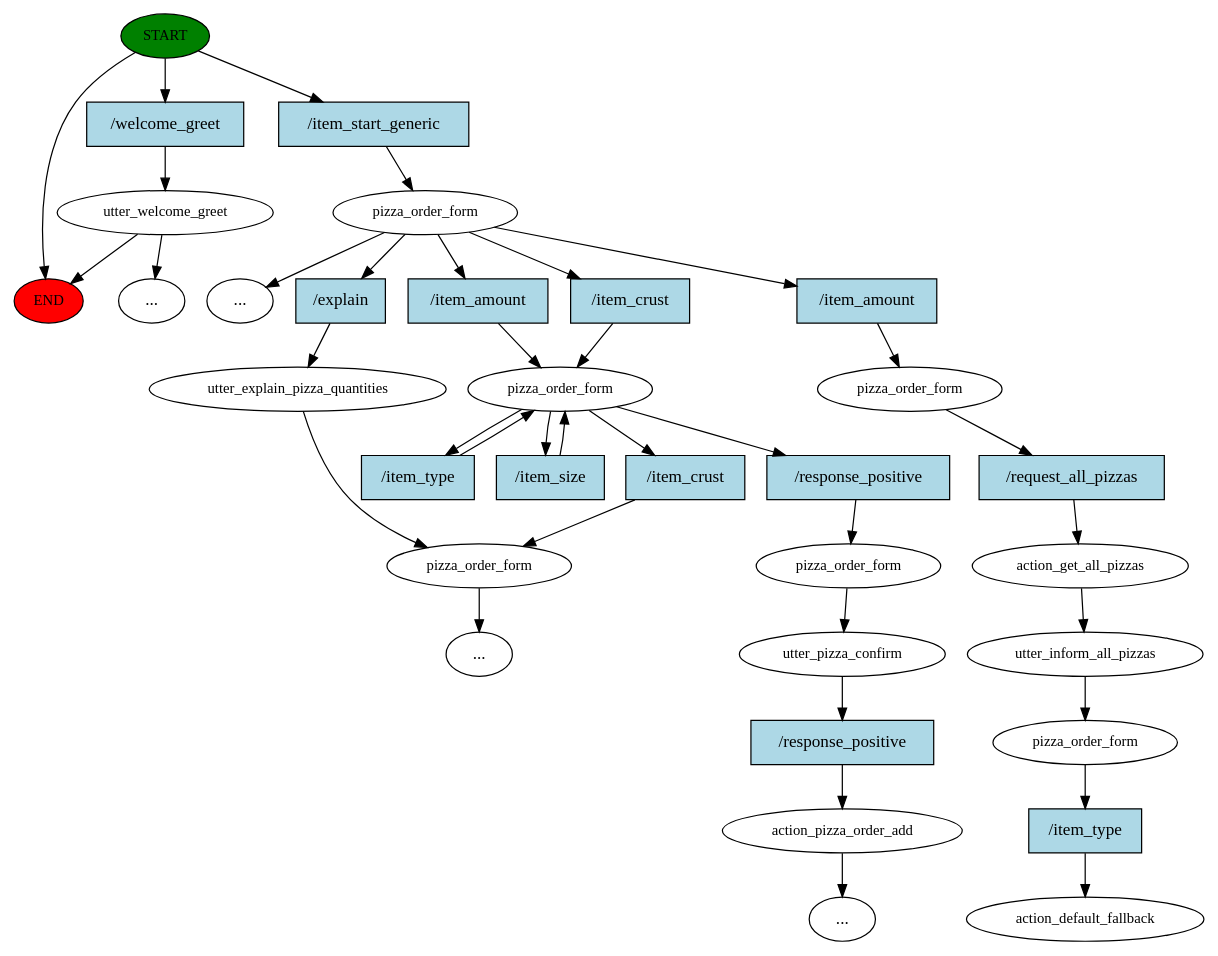
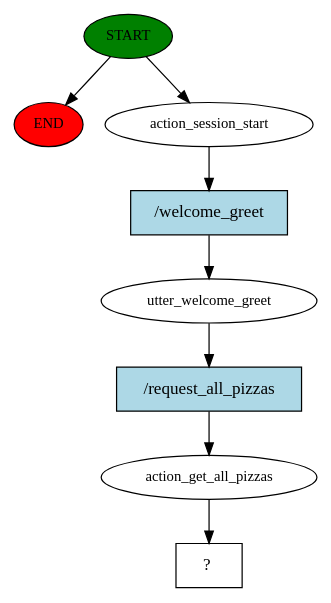
Before and after one commit to pasterzewa/HMD-PizzaBot-project: the diagram in story_graph.dot, drawn with Graphviz. The commit also changed 229 other files, not shown here.

```diff
--- a/story_graph.dot
+++ b/story_graph.dot
@@ -1,70 +1,17 @@
 digraph  {
 0 [class="start active", fillcolor=green, fontsize=12, label=START, style=filled];
 "-1" [class=end, fillcolor=red, fontsize=12, label=END, style=filled];
-1 [class="", fontsize=12, label=utter_welcome_greet];
-2 [class=active, fontsize=12, label=pizza_order_form];
-3 [class="", fontsize=12, label=utter_explain_pizza_quantities];
-4 [class="", fontsize=12, label=pizza_order_form];
-"-5" [class=ellipsis, label="..."];
-"-25" [class=ellipsis, label="..."];
-36 [class="", fontsize=12, label=pizza_order_form];
-42 [class="", fontsize=12, label=pizza_order_form];
-43 [class="", fontsize=12, label=utter_pizza_confirm];
-44 [class="", fontsize=12, label=action_pizza_order_add];
-"-28" [class=ellipsis, label="..."];
-"-30" [class=ellipsis, label="..."];
-57 [class=active, fontsize=12, label=pizza_order_form];
-58 [class=active, fontsize=12, label=action_get_all_pizzas];
-59 [class=active, fontsize=12, label=utter_inform_all_pizzas];
-60 [class=active, fontsize=12, label=pizza_order_form];
-61 [class="dashed active", fontsize=12, label=action_default_fallback];
-62 [class=intent, fillcolor=lightblue, label="/welcome_greet", shape=rect, style=filled];
-63 [class="intent active", fillcolor=lightblue, label="/item_start_generic", shape=rect, style=filled];
-64 [class=intent, fillcolor=lightblue, label="/explain", shape=rect, style=filled];
-65 [class=intent, fillcolor=lightblue, label="/item_amount", shape=rect, style=filled];
-66 [class=intent, fillcolor=lightblue, label="/item_crust", shape=rect, style=filled];
-67 [class="intent active", fillcolor=lightblue, label="/item_amount", shape=rect, style=filled];
-68 [class=intent, fillcolor=lightblue, label="/item_type", shape=rect, style=filled];
-69 [class=intent, fillcolor=lightblue, label="/item_size", shape=rect, style=filled];
-70 [class=intent, fillcolor=lightblue, label="/item_crust", shape=rect, style=filled];
-71 [class=intent, fillcolor=lightblue, label="/response_positive", shape=rect, style=filled];
-72 [class=intent, fillcolor=lightblue, label="/response_positive", shape=rect, style=filled];
-73 [class="intent active", fillcolor=lightblue, label="/request_all_pizzas", shape=rect, style=filled];
-74 [class="intent active", fillcolor=lightblue, label="/item_type", shape=rect, style=filled];
+1 [class=active, fontsize=12, label=action_session_start];
+2 [class=active, fontsize=12, label=utter_welcome_greet];
+3 [class=active, fontsize=12, label=action_get_all_pizzas];
+4 [class="intent dashed active", label="  ?  ", shape=rect];
+5 [class="intent active", fillcolor=lightblue, label="/welcome_greet", shape=rect, style=filled];
+6 [class="intent active", fillcolor=lightblue, label="/request_all_pizzas", shape=rect, style=filled];
 0 -> "-1"  [class="", key=NONE, label=""];
-0 -> 62  [class="", key=0];
-0 -> 63  [class=active, key=0];
-1 -> "-1"  [class="", key=NONE, label=""];
-1 -> "-25"  [class="", key=NONE, label=""];
-2 -> "-5"  [class="", key=NONE, label=""];
-2 -> 64  [class="", key=0];
-2 -> 65  [class="", key=0];
-2 -> 66  [class="", key=0];
-2 -> 67  [class=active, key=0];
-3 -> 4  [class="", key=NONE, label=""];
-4 -> "-30"  [class="", key=NONE, label=""];
-36 -> 68  [class="", key=0];
-36 -> 69  [class="", key=0];
-36 -> 70  [class="", key=0];
-36 -> 71  [class="", key=0];
-42 -> 43  [class="", key=NONE, label=""];
-43 -> 72  [class="", key=0];
-44 -> "-28"  [class="", key=NONE, label=""];
-57 -> 73  [class=active, key=0];
-58 -> 59  [class=active, key=NONE, label=""];
-59 -> 60  [class=active, key=NONE, label=""];
-60 -> 74  [class=active, key=0];
-62 -> 1  [class="", key=0];
-63 -> 2  [class=active, key=0];
-64 -> 3  [class="", key=0];
-65 -> 36  [class="", key=0];
-66 -> 36  [class="", key=0];
-67 -> 57  [class=active, key=0];
-68 -> 36  [class="", key=0];
-69 -> 36  [class="", key=0];
-70 -> 4  [class="", key=0];
-71 -> 42  [class="", key=0];
-72 -> 44  [class="", key=0];
-73 -> 58  [class=active, key=0];
-74 -> 61  [class=active, key=0];
+0 -> 1  [class=active, key=NONE, label=""];
+1 -> 5  [class=active, key=0];
+2 -> 6  [class=active, key=0];
+3 -> 4  [class=active, key=NONE, label=""];
+5 -> 2  [class=active, key=0];
+6 -> 3  [class=active, key=0];
 }
```
